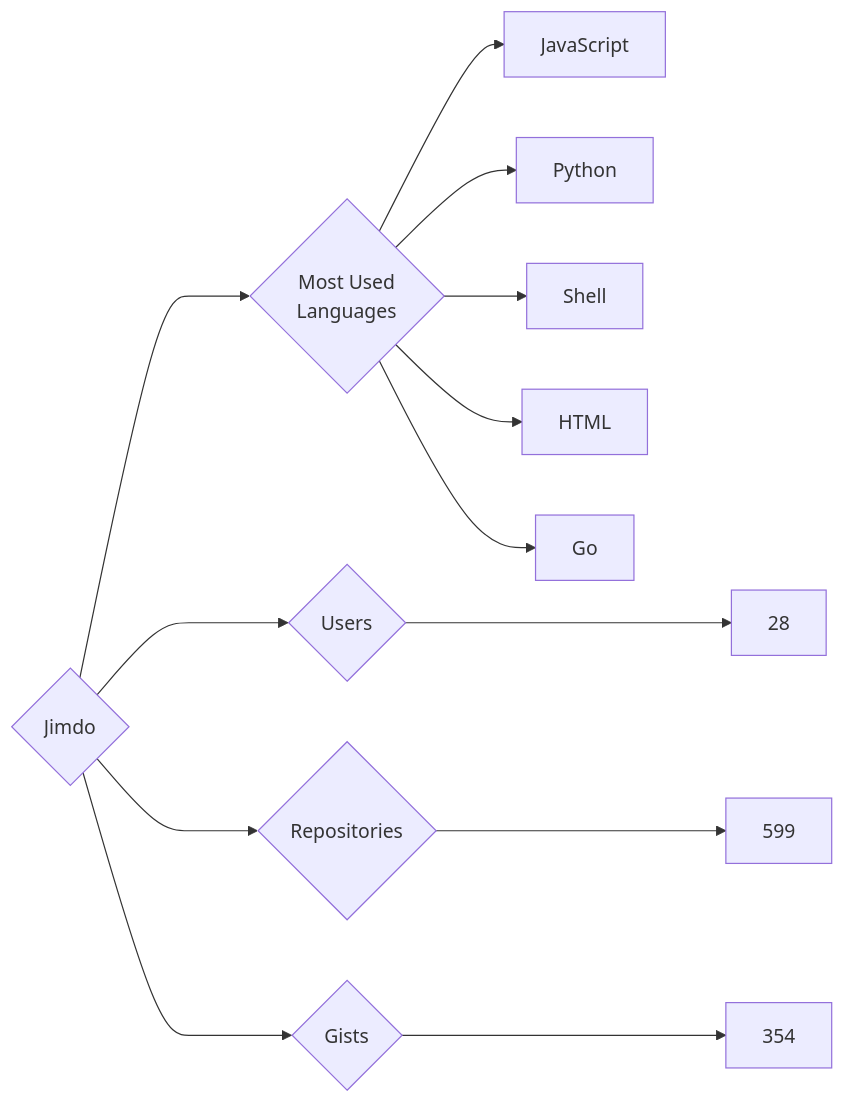
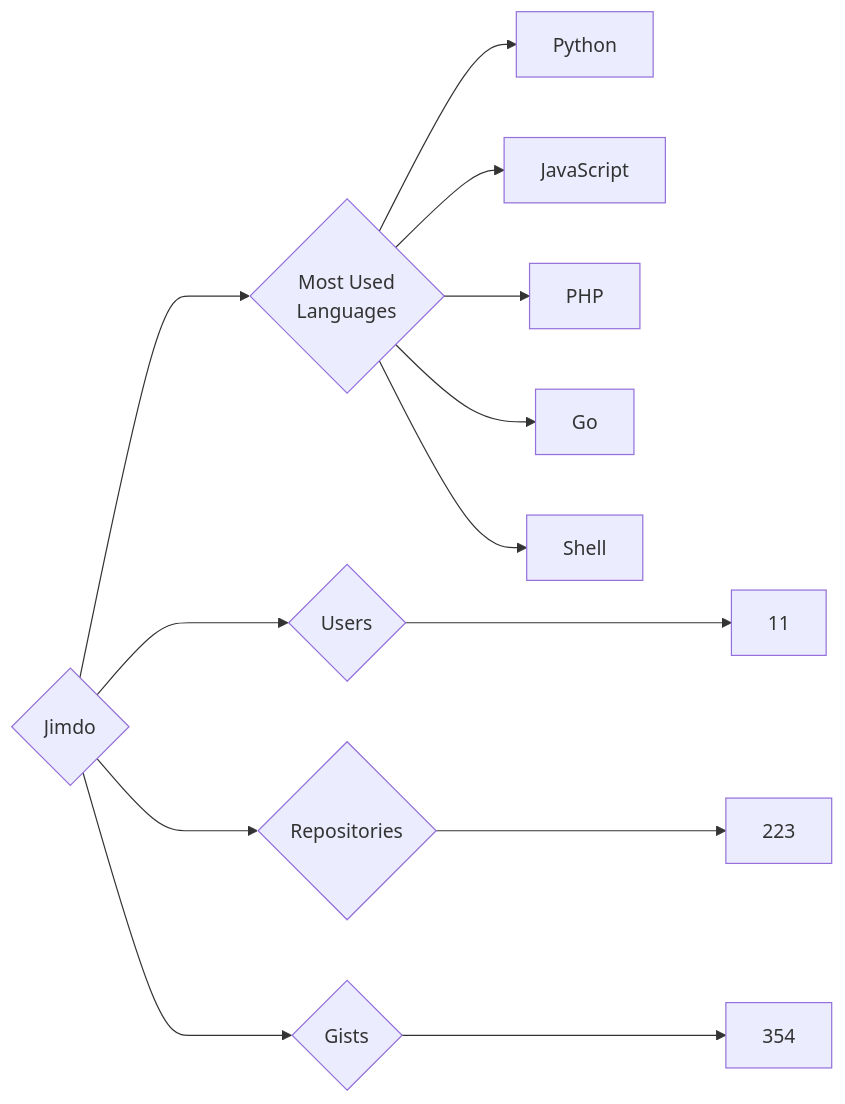
One commit to trickest/insiders changed the diagram in targets/Jimdo/README.md. Above: the diagram before and after it, drawn with Mermaid. The commit also changed 676 other files, not shown here.

````diff
--- a/targets/Jimdo/README.md
+++ b/targets/Jimdo/README.md
@@ -3,13 +3,13 @@
 ```mermaid
 graph LR
 COMPANY_NAME{Jimdo}
-COMPANY_NAME ---> U{Users} ---> UN[28]
-COMPANY_NAME ---> R{Repositories} ---> RN[599]
+COMPANY_NAME ---> U{Users} ---> UN[11]
+COMPANY_NAME ---> R{Repositories} ---> RN[223]
 COMPANY_NAME ---> G{Gists} ---> GN[354]
 COMPANY_NAME ---> ML{Most Used<br>Languages}
+ML --> Python[Python]
 ML --> JavaScript[JavaScript]
-ML --> Python[Python]
+ML --> PHP[PHP]
+ML --> Go[Go]
 ML --> Shell[Shell]
-ML --> HTML[HTML]
-ML --> Go[Go]
 ```
````
